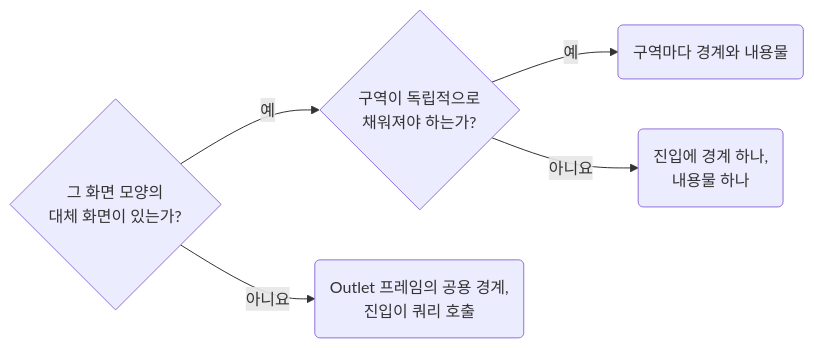
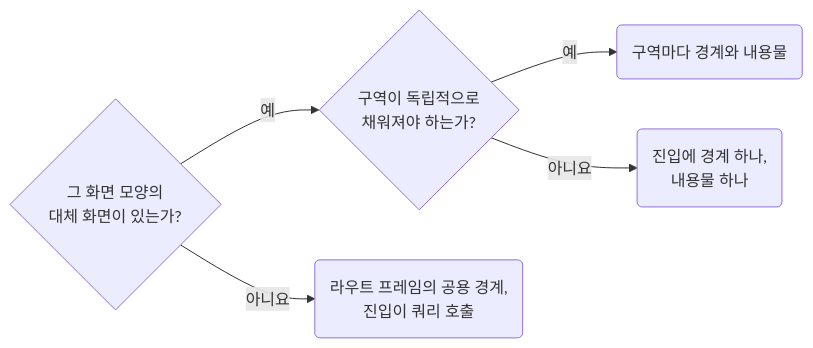
Before and after one commit to nomeehej/agent-conventions: the diagram in skill/react/rules/07-01-runtime-place-suspense-boundaries-at-the-section-owner.md, drawn with Mermaid. The commit also changed other lines of this file and 38 other files, not shown here.

````diff
--- a/skill/react/rules/07-01-runtime-place-suspense-boundaries-at-the-section-owner.md
+++ b/skill/react/rules/07-01-runtime-place-suspense-boundaries-at-the-section-owner.md
@@ -24,6 +24,6 @@
 ```mermaid
 flowchart LR
 	q1{"그 화면 모양의<br>대체 화면이 있는가?"} -- 예 --> q2{"구역이 독립적으로<br>채워져야 하는가?"} -- 예 --> r2("구역마다 경계와 내용물")
-	q1 -- 아니요 --> r3("Outlet 프레임의 공용 경계,<br>진입이 쿼리 호출")
+	q1 -- 아니요 --> r3("라우트 프레임의 공용 경계,<br>진입이 쿼리 호출")
 	q2 -- 아니요 --> r1("진입에 경계 하나,<br>내용물 하나")
 ```
````
